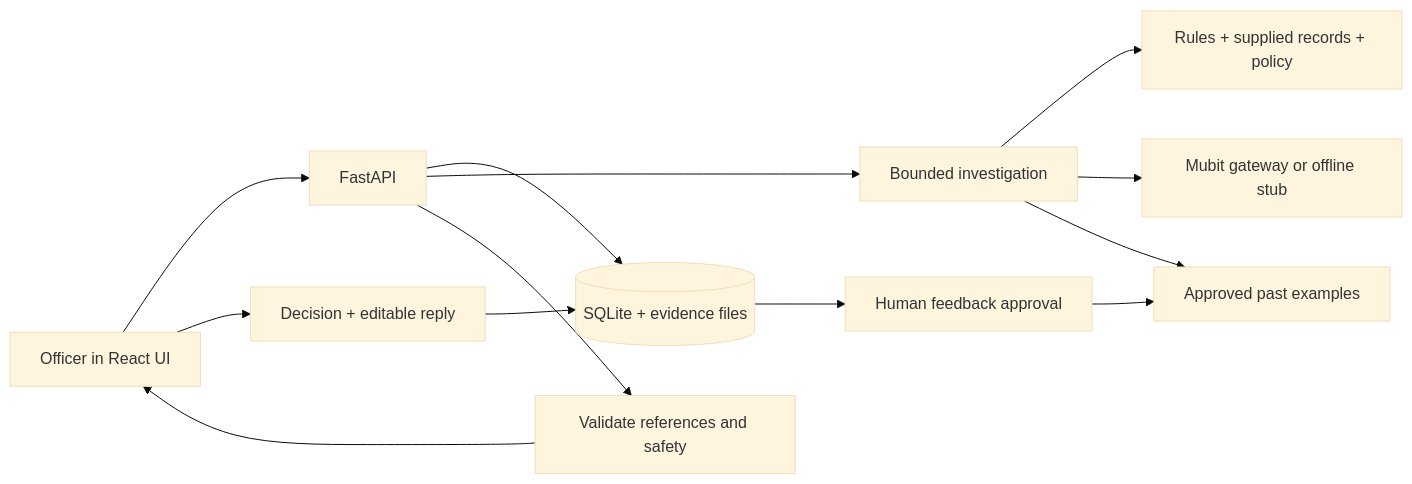
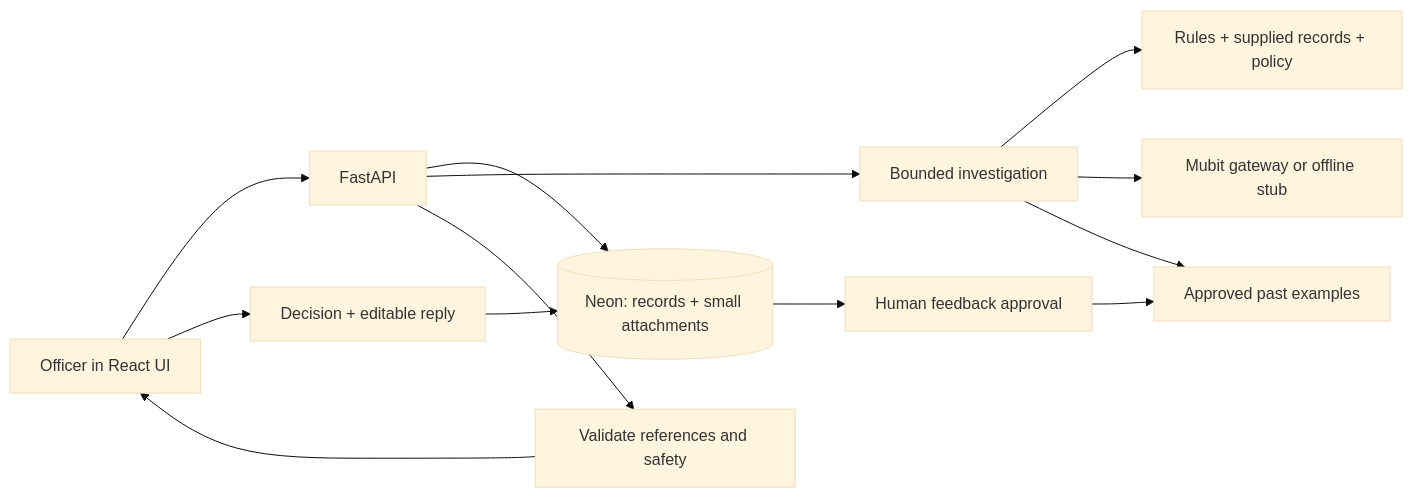
One commit to Shiv716/Mubit_Hunters changed the diagram in README.md. Above: the diagram before and after it, drawn with Mermaid (base theme). The commit also changed other lines of this file and 21 other files, not shown here.

````diff
--- a/README.md
+++ b/README.md
@@ -29,15 +29,15 @@
 ```mermaid
 flowchart LR
   Officer[Officer in React UI] --> API[FastAPI]
-  API --> DB[(SQLite + evidence files)]
+  API --> DB[(Neon: records + small attachments)]
   API --> Agent[Bounded investigation]
   Agent --> Checks[Rules + supplied records + policy]
   Agent --> Model[Mubit gateway or offline stub]
   Agent --> Past[Approved past examples]
   API --> Guard[Validate references and safety]
   Guard --> Officer
   Officer --> Decision[Decision + editable reply]
   Decision --> DB
   DB --> QA[Human feedback approval]
   QA --> Past
 ```
````
